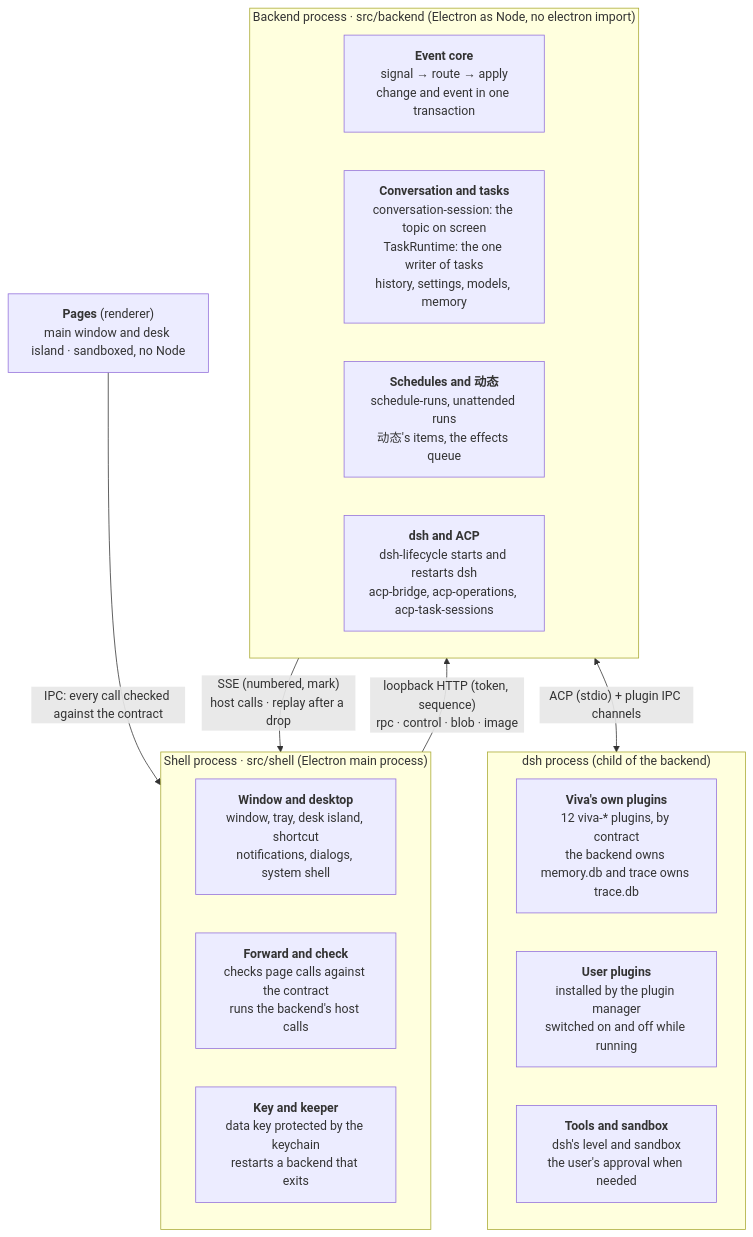
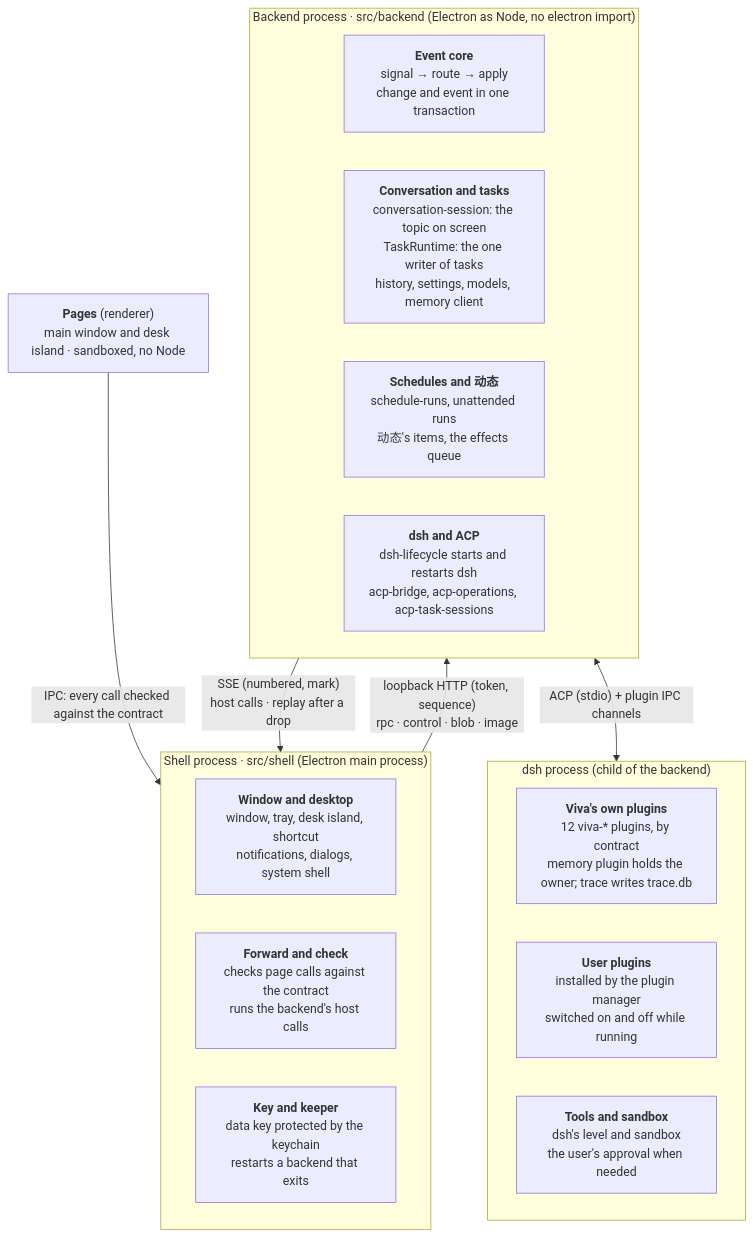
The diagram in docs/system-design.md (JNS0724/Viva), drawn with Mermaid before and after one commit. The commit also changed other lines of this file and 505 other files, not shown here.

````diff
--- a/docs/system-design.md
+++ b/docs/system-design.md
@@ -24,24 +24,24 @@
 ```mermaid
 flowchart TB
   pages["<b>Pages</b> (renderer)<br/>main window and desk island · sandboxed, no Node"]
   subgraph shell["Shell process · src/shell (Electron main process)"]
     s1["<b>Window and desktop</b><br/>window, tray, desk island, shortcut<br/>notifications, dialogs, system shell"]
     s2["<b>Forward and check</b><br/>checks page calls against the contract<br/>runs the backend's host calls"]
     s3["<b>Key and keeper</b><br/>data key protected by the keychain<br/>restarts a backend that exits"]
   end
   subgraph backend["Backend process · src/backend (Electron as Node, no electron import)"]
     b1["<b>Event core</b><br/>signal → route → apply<br/>change and event in one transaction"]
-    b2["<b>Conversation and tasks</b><br/>conversation-session: the topic on screen<br/>TaskRuntime: the one writer of tasks<br/>history, settings, models, memory"]
+    b2["<b>Conversation and tasks</b><br/>conversation-session: the topic on screen<br/>TaskRuntime: the one writer of tasks<br/>history, settings, models, memory client"]
     b3["<b>Schedules and 动态</b><br/>schedule-runs, unattended runs<br/>动态's items, the effects queue"]
     b4["<b>dsh and ACP</b><br/>dsh-lifecycle starts and restarts dsh<br/>acp-bridge, acp-operations, acp-task-sessions"]
   end
   subgraph dsh["dsh process (child of the backend)"]
-    d1["<b>Viva's own plugins</b><br/>12 viva-* plugins, by contract<br/>the backend owns memory.db and trace owns trace.db"]
+    d1["<b>Viva's own plugins</b><br/>12 viva-* plugins, by contract<br/>memory plugin holds the owner; trace writes trace.db"]
     d2["<b>User plugins</b><br/>installed by the plugin manager<br/>switched on and off while running"]
     d3["<b>Tools and sandbox</b><br/>dsh's level and sandbox<br/>the user's approval when needed"]
   end
   pages -- "IPC: every call checked against the contract" --> shell
   shell -- "loopback HTTP (token, sequence)<br/>rpc · control · blob · image" --> backend
   backend -- "SSE (numbered, mark)<br/>host calls · replay after a drop" --> shell
   backend <-->|"ACP (stdio) + plugin IPC channels"| dsh
 ```
````
